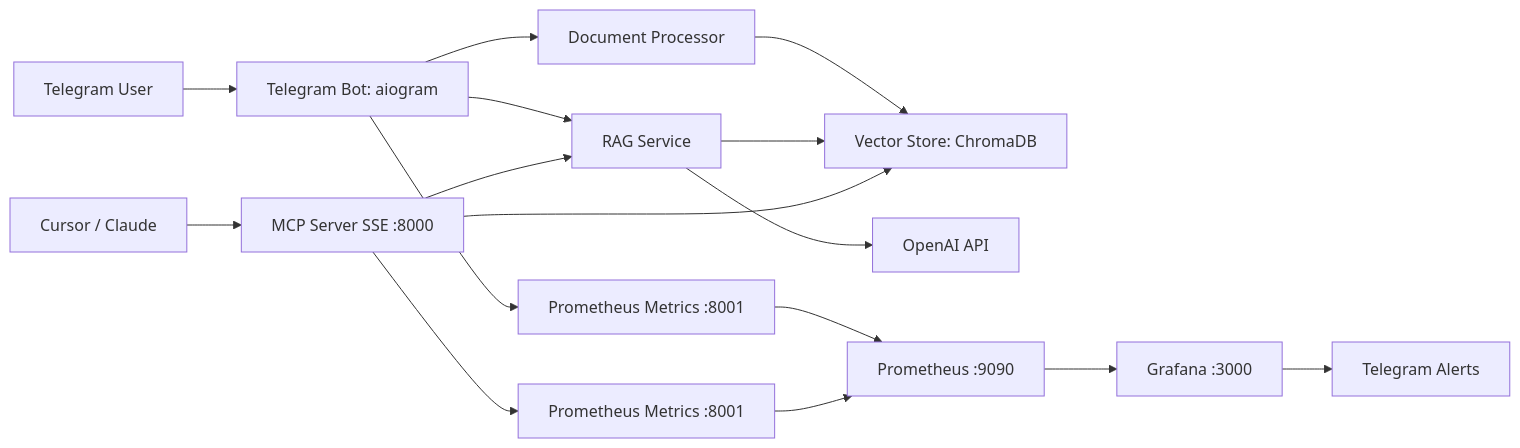
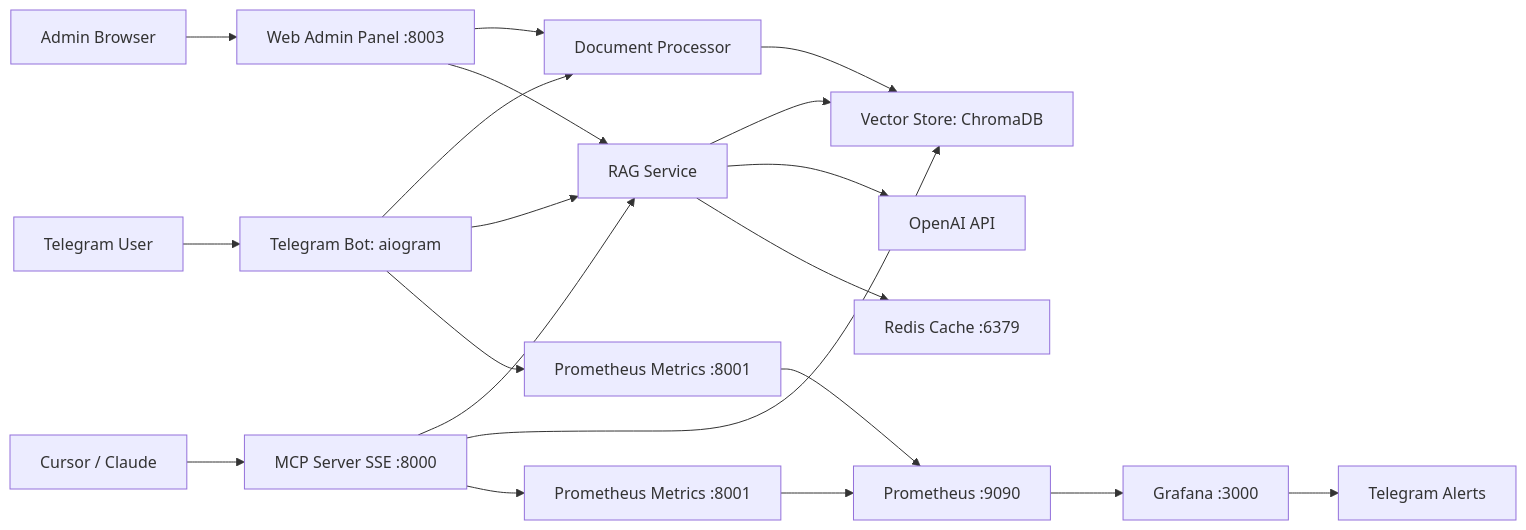
One commit to kartuznik/smartass changed the diagram in README.md. Above: the diagram before and after it, drawn with Mermaid. The commit also changed other lines of this file, not shown here.

Commit message:
docs: update README with Redis, Admin Panel, and latest fixes

````diff
--- a/README.md
+++ b/README.md
@@ -30,20 +50,24 @@
 ```mermaid
 flowchart LR
   U[Telegram User] --> B[Telegram Bot: aiogram]
+  A[Admin Browser] --> AP[Web Admin Panel :8003]
   B --> DP[Document Processor]
   DP --> VS[Vector Store: ChromaDB]
   B --> RAG[RAG Service]
+  AP --> DP
+  AP --> RAG
   RAG --> VS
   RAG --> OAI[OpenAI API]
+  RAG --> RC[Redis Cache :6379]
 
   C[Cursor / Claude] --> MCP[MCP Server SSE :8000]
   MCP --> RAG
   MCP --> VS
 
   B --> PM[Prometheus Metrics :8001]
   MCP --> PM2[Prometheus Metrics :8001]
   P[Prometheus :9090] --> G[Grafana :3000]
   PM --> P
   PM2 --> P
   G --> T[Telegram Alerts]
 ```
````
